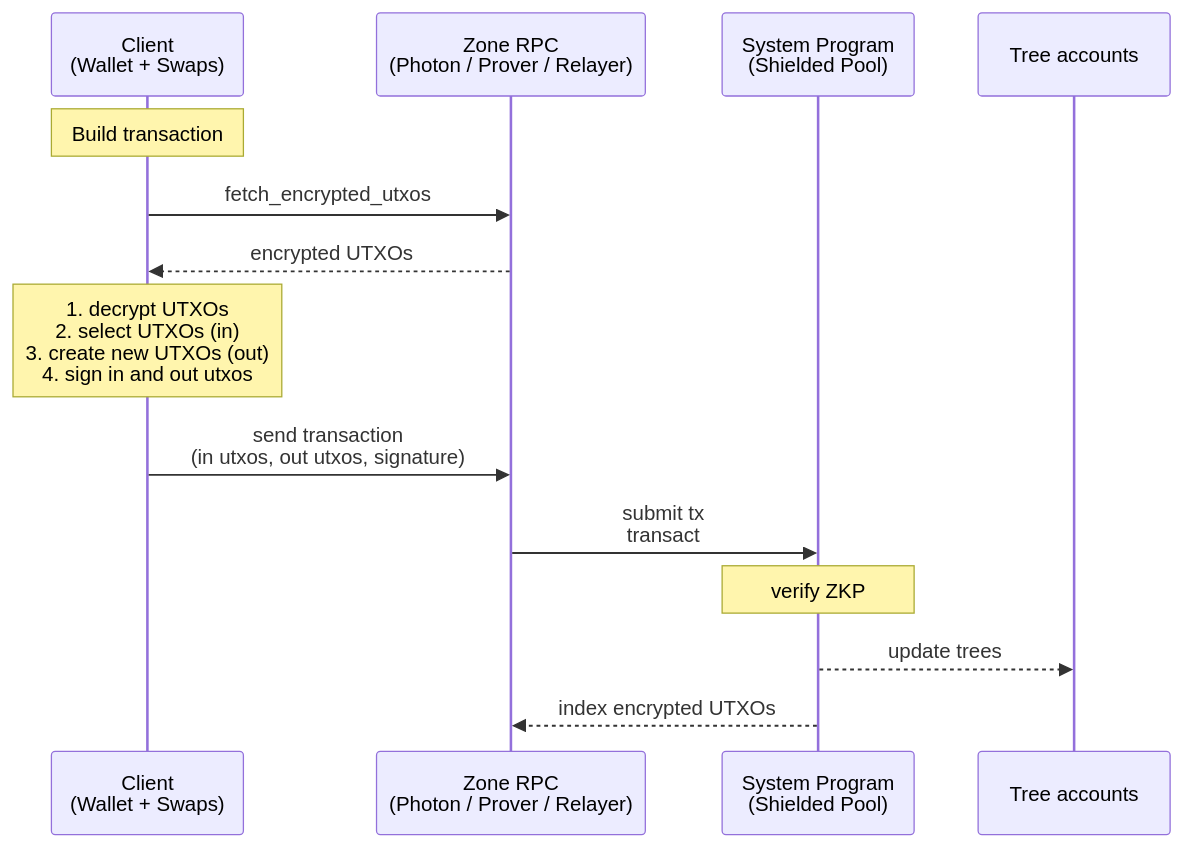
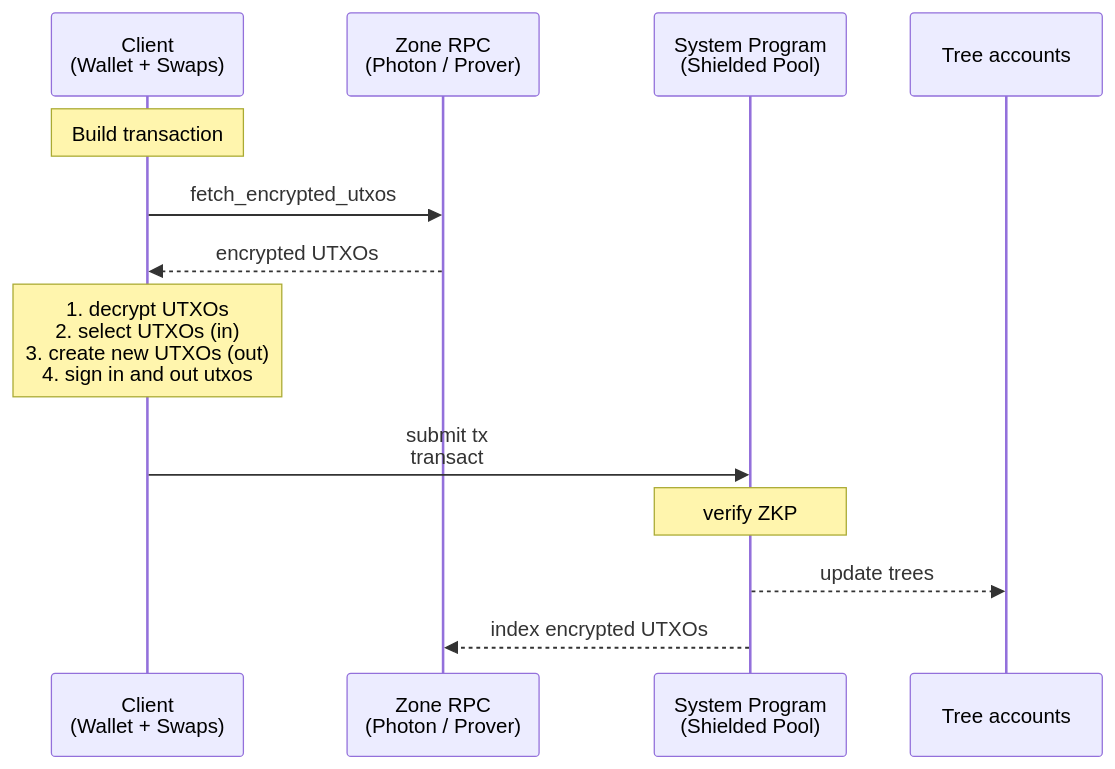
One commit to helius-labs/zolana changed the first of 5 diagrams in docs/spec.md. Above: the diagram before and after it, drawn with Mermaid. The commit also changed other lines of this file, not shown here.

````diff
--- a/docs/spec.md
+++ b/docs/spec.md
@@ -181,18 +181,17 @@
 ```mermaid
 sequenceDiagram
     participant Client as Client<br>(Wallet + Swaps)
-    participant ZoneRPC as Zone RPC<br>(Photon / Prover / Relayer)
+    participant ZoneRPC as Zone RPC<br>(Photon / Prover)
     participant System as System Program<br>(Shielded Pool)
     participant Trees as Tree accounts
 
     Note over Client: Build transaction
     Client->>ZoneRPC: fetch_encrypted_utxos
     ZoneRPC-->>Client: encrypted UTXOs
     Note over Client: 1. decrypt UTXOs <br> 2. select UTXOs (in) <br> 3. create new UTXOs (out) <br> 4. sign in and out utxos
-    Client->>ZoneRPC: send transaction <br>(in utxos, out utxos, signature)
-    ZoneRPC->>System: submit tx<br>transact
+    Client->>System: submit tx<br>transact
 
     Note over System: verify ZKP
     System-->>Trees: update trees
     System-->>ZoneRPC: index encrypted UTXOs
 ```
````
